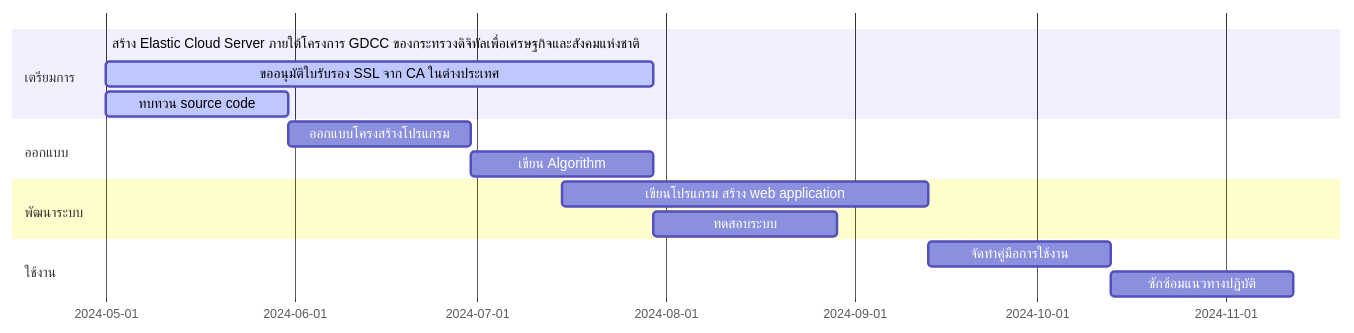
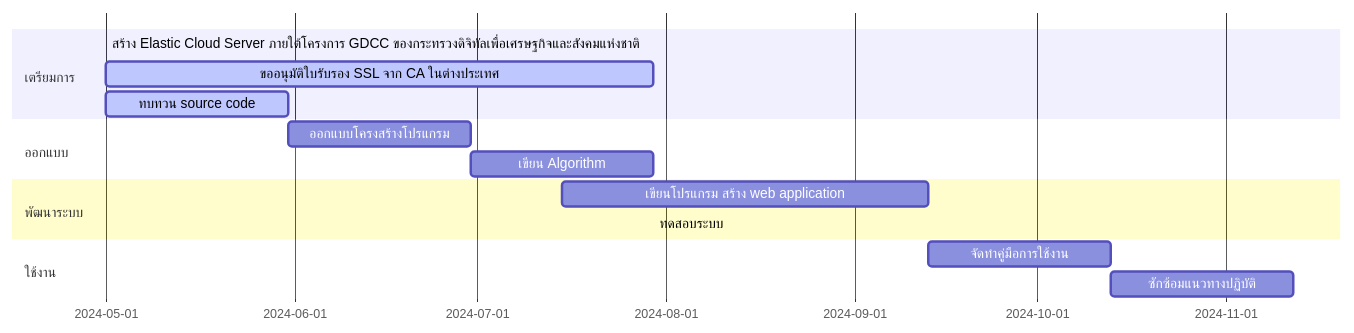
Before and after one commit to Kietpawpan/e-tracking: the first of 2 diagrams in README.md, drawn with Mermaid.

````diff
--- a/README.md
+++ b/README.md
@@ -10,18 +10,18 @@
 ```mermaid
 gantt
     section เตรียมการ
     สร้าง Elastic Cloud Server ภายใต้โครงการ GDCC ของกระทรวงดิจิทัลเพื่อเศรษฐกิจและสังคมแห่งชาติ :done,    des1, 2024-05-01,2024-05-30
     ขออนุมัติใบรับรอง SSL จาก CA ในต่างประเทศ        :active, des2, after des1, 90d
     ทบทวน source code  :   active, des3, after des1, 30d
     section ออกแบบ
     ออกแบบโครงสร้างโปรแกรม  :         des4, after des3, 30d
     เขียน Algorithm:   des4a, after des4, 30d
     section พัฒนาระบบ
     เขียนโปรแกรม สร้าง web application  :         des7, 2024-07-15, 60d
-    ทดสอบระบบ:des7a, 2024-07-30, 30d
+    ทดสอบระบบ:des7a, 2024-07-30, 2024-09-01
    section ใช้งาน
     จัดทำคู่มือการใช้งาน   :         des8, after des7, 30d
     ซักซ้อมแนวทางปฏิบัติ   :         des9, after des8, 30d
 
 
 ```
````
